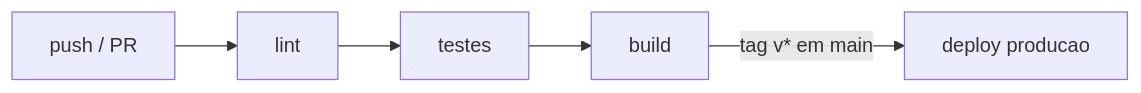
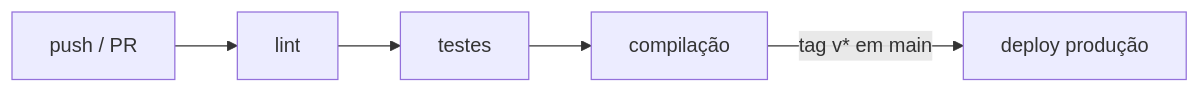
One commit to BerniloBernardo-boot/Git-e-GitHub changed the diagram in 10-Seguranca-e-Boas-Praticas/01-conventional-commits-semver-cicd.md. Above: the diagram before and after it, drawn with Mermaid. The commit also changed 13 other files, not shown here.

Commit message:
docs: traduz elementos explicativos dos diagramas para PT-PT

````diff
--- a/10-Seguranca-e-Boas-Praticas/01-conventional-commits-semver-cicd.md
+++ b/10-Seguranca-e-Boas-Praticas/01-conventional-commits-semver-cicd.md
@@ -61,7 +61,7 @@
 ```mermaid
 flowchart LR
     P["push / PR"] --> L["lint"]
     L --> T["testes"]
-    T --> B["build"]
-    B -->|tag v* em main| DEP["deploy producao"]
+    T --> B["compilação"]
+    B -->|tag v* em main| DEP["deploy produção"]
 ```
````
